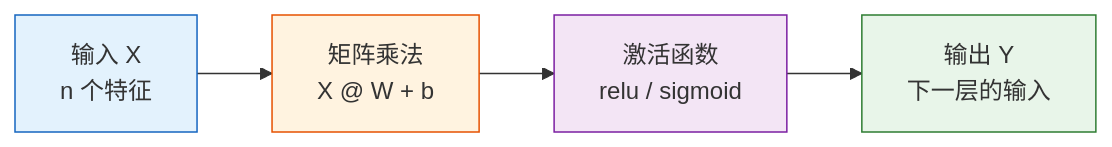
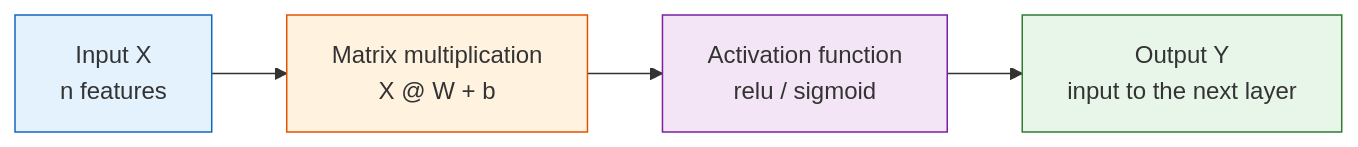
One commit to oudbiao/AI-fullstack-course changed the third of 3 diagrams in docs/ch04-ai-math/ch01-linear-algebra/02-matrices.md. Above: the diagram before and after it, drawn with Mermaid. The commit also changed other lines of this file and 1406 other files, not shown here.

````diff
--- a/docs/ch04-ai-math/ch01-linear-algebra/02-matrices.md
+++ b/docs/ch04-ai-math/ch01-linear-algebra/02-matrices.md
@@ -466,11 +466,11 @@
 ```mermaid
 flowchart LR
-    X["输入 X<br/>n 个特征"] --> MUL["矩阵乘法<br/>X @ W + b"]
-    MUL --> ACT["激活函数<br/>relu / sigmoid"]
-    ACT --> Y["输出 Y<br/>下一层的输入"]
+    X["Input X<br/>n features"] --> MUL["Matrix multiplication<br/>X @ W + b"]
+    MUL --> ACT["Activation function<br/>relu / sigmoid"]
+    ACT --> Y["Output Y<br/>input to the next layer"]
 
     style X fill:#e3f2fd,stroke:#1565c0,color:#333
     style MUL fill:#fff3e0,stroke:#e65100,color:#333
     style ACT fill:#f3e5f5,stroke:#7b1fa2,color:#333
     style Y fill:#e8f5e9,stroke:#2e7d32,color:#333
 ```
````
